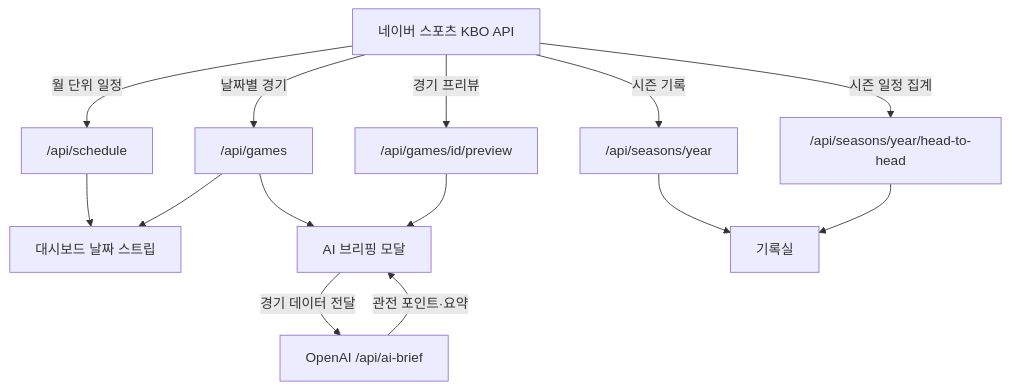
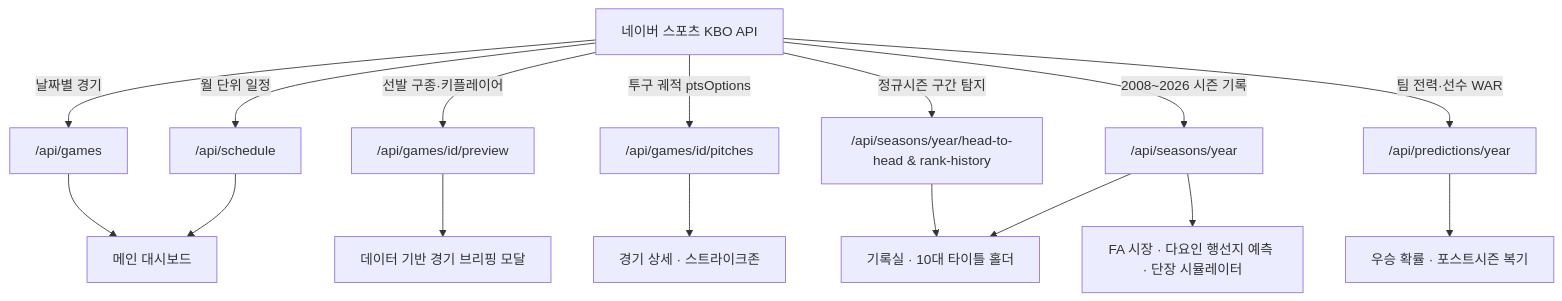
Before and after one commit to Jeon-byeong-yoon/kbo-ai-brief: the diagram in README.md, drawn with Mermaid. The commit also changed other lines of this file and 7 other files, not shown here.

````diff
--- a/README.md
+++ b/README.md
@@ -214,18 +156,19 @@
 ```mermaid
 graph TD
     A[네이버 스포츠 KBO API] -->|월 단위 일정| B["/api/schedule"]
     A -->|날짜별 경기| C["/api/games"]
-    A -->|경기 프리뷰| D["/api/games/id/preview"]
-    A -->|시즌 기록| E["/api/seasons/year"]
-    A -->|시즌 일정 집계| F["/api/seasons/year/head-to-head"]
+    A -->|선발 구종·키플레이어| D["/api/games/id/preview"]
+    A -->|투구 궤적 ptsOptions| E["/api/games/id/pitches"]
+    A -->|2008~2026 시즌 기록| F["/api/seasons/year"]
+    A -->|정규시즌 구간 탐지| G["/api/seasons/year/head-to-head & rank-history"]
+    A -->|팀 전력·선수 WAR| H["/api/predictions/year"]
 
-    B --> G[대시보드 날짜 스트립]
-    C --> G
-    C --> H[AI 브리핑 모달]
-    D --> H
-    E --> I[기록실]
-    F --> I
-
-    H -->|경기 데이터 전달| J["OpenAI /api/ai-brief"]
-    J -->|관전 포인트·요약| H
+    B --> I[메인 대시보드]
+    C --> I
+    D --> J[데이터 기반 경기 브리핑 모달]
+    E --> K[경기 상세 · 스트라이크존]
+    F --> L[기록실 · 10대 타이틀 홀더]
+    G --> L
+    H --> M[우승 확률 · 포스트시즌 복기]
+    F --> N[FA 시장 · 다요인 행선지 예측 · 단장 시뮬레이터]
 ```
````
